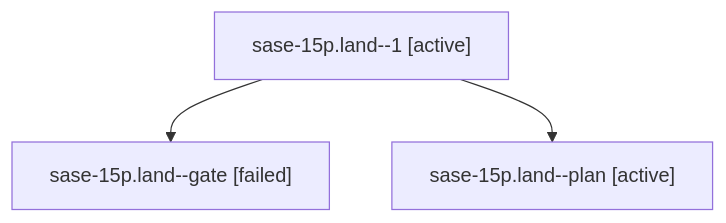
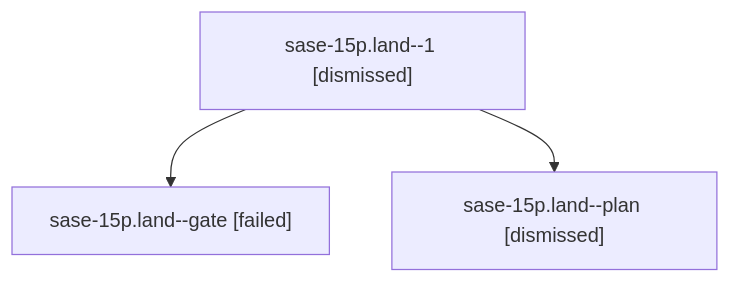
Before and after one commit to sase-org/sase--agents: the diagram in sessions/bbugyi200.athena.sase-15p.land.md, drawn with Mermaid. The commit also changed other lines of this file and 93 other files, not shown here.

````diff
--- a/sessions/bbugyi200.athena.sase-15p.land.md
+++ b/sessions/bbugyi200.athena.sase-15p.land.md
@@ -9,8 +9,8 @@
 ```mermaid
 flowchart TD
-  n0["sase-15p.land--1 [active]"]
+  n0["sase-15p.land--1 [dismissed]"]
   n1["sase-15p.land--gate [failed]"]
   n0 --> n1
-  n2["sase-15p.land--plan [active]"]
+  n2["sase-15p.land--plan [dismissed]"]
   n0 --> n2
 ```
````
